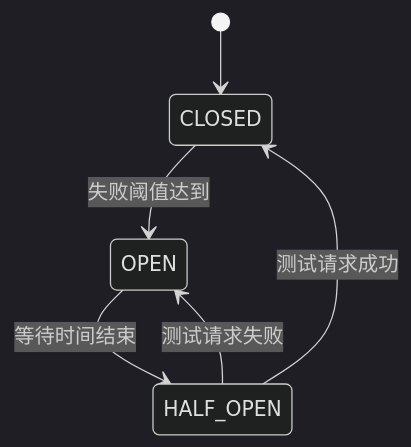
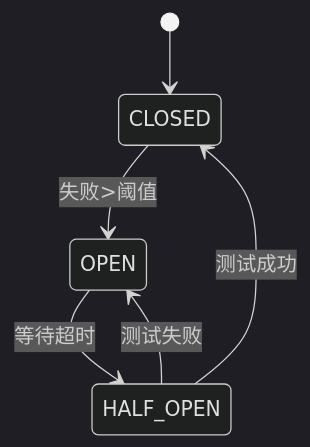
Before and after one commit to lettlehan/hans-blog: the first of 2 diagrams in content/good-work/Spring Cloud/熔断限流深度解析.md, drawn with Mermaid (dark theme). The commit also changed other lines of this file and 16 other files, not shown here.

````diff
--- a/content/good-work/Spring Cloud/熔断限流深度解析.md
+++ b/content/good-work/Spring Cloud/熔断限流深度解析.md
@@ -7,7 +13,8 @@
-```mermaid  
-stateDiagram-v2  
-    [*] --> CLOSED    CLOSED --> OPEN: 失败阈值达到  
-    OPEN --> HALF_OPEN: 等待时间结束  
-    HALF_OPEN --> CLOSED: 测试请求成功  
-    HALF_OPEN --> OPEN: 测试请求失败  
-```  
+```mermaid
+stateDiagram-v2
+    [*] --> CLOSED
+    CLOSED --> OPEN: 失败>阈值
+    OPEN --> HALF_OPEN: 等待超时
+    HALF_OPEN --> CLOSED: 测试成功
+    HALF_OPEN --> OPEN: 测试失败
+```
````
